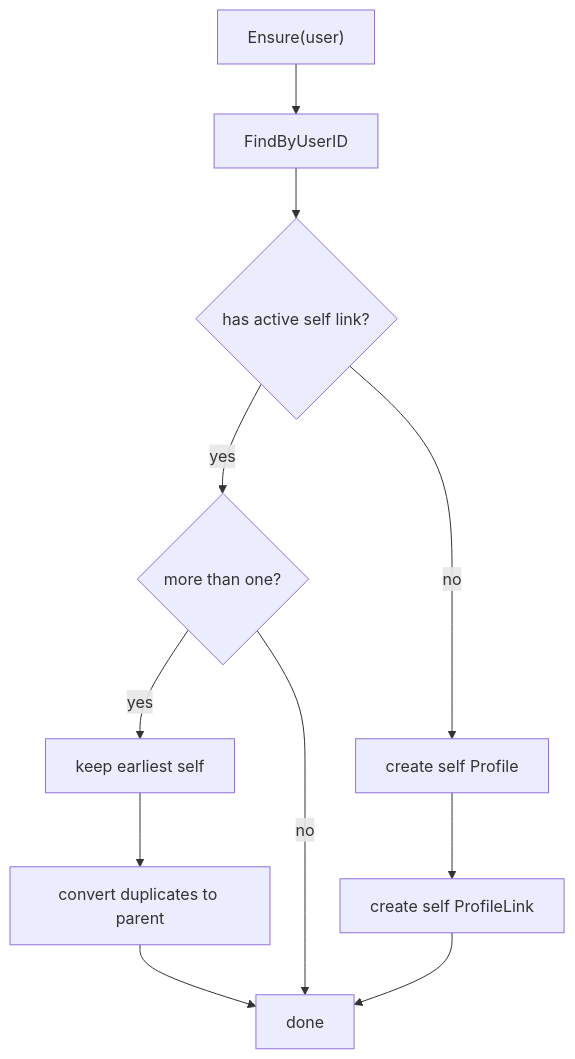
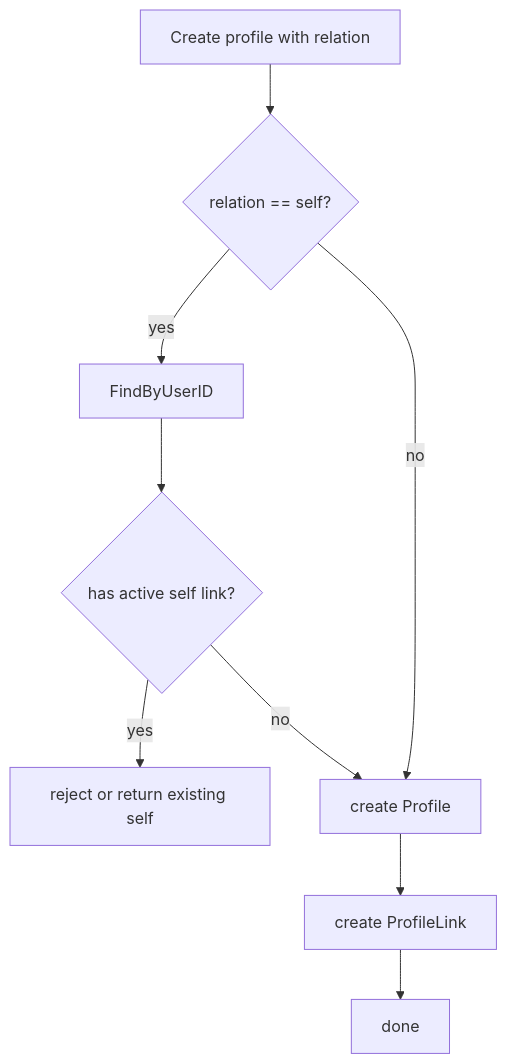
One commit to FangcunMount/iam changed the third of 6 diagrams in docs/_archive/05-专题分析/04-ProfileLink链路--用户&儿童档案关系协作.md. Above: the diagram before and after it, drawn with Mermaid. The commit also changed other lines of this file and 35 other files, not shown here.

Commit message:
feat  的 identity 模块业务规则更新： - User 不一定天然拥有 self Profile。 - User 可以通过 C 端功能主动创建 Profile。 - 创建时由业务语义决定这条 ProfileLink 是 self 还是 relation。

````diff
--- a/docs/_archive/05-专题分析/04-ProfileLink链路--用户&儿童档案关系协作.md
+++ b/docs/_archive/05-专题分析/04-ProfileLink链路--用户&儿童档案关系协作.md
@@ -102,18 +98,17 @@
 ```mermaid
 flowchart TD
-    Start["Ensure(user)"]
+    Start["Create profile with relation"]
     Links["FindByUserID"]
+    Self{"relation == self?"}
     HasSelf{"has active self link?"}
-    Multi{"more than one?"}
-    Keep["keep earliest self"]
-    Convert["convert duplicates to parent"]
-    CreateProfile["create self Profile"]
-    CreateLink["create self ProfileLink"]
+    Reject["reject or return existing self"]
+    CreateProfile["create Profile"]
+    CreateLink["create ProfileLink"]
     Done["done"]
 
-    Start --> Links --> HasSelf
-    HasSelf -->|yes| Multi
-    Multi -->|yes| Keep --> Convert --> Done
-    Multi -->|no| Done
+    Start --> Self
+    Self -->|yes| Links --> HasSelf
+    HasSelf -->|yes| Reject
     HasSelf -->|no| CreateProfile --> CreateLink --> Done
+    Self -->|no| CreateProfile
 ```
````
